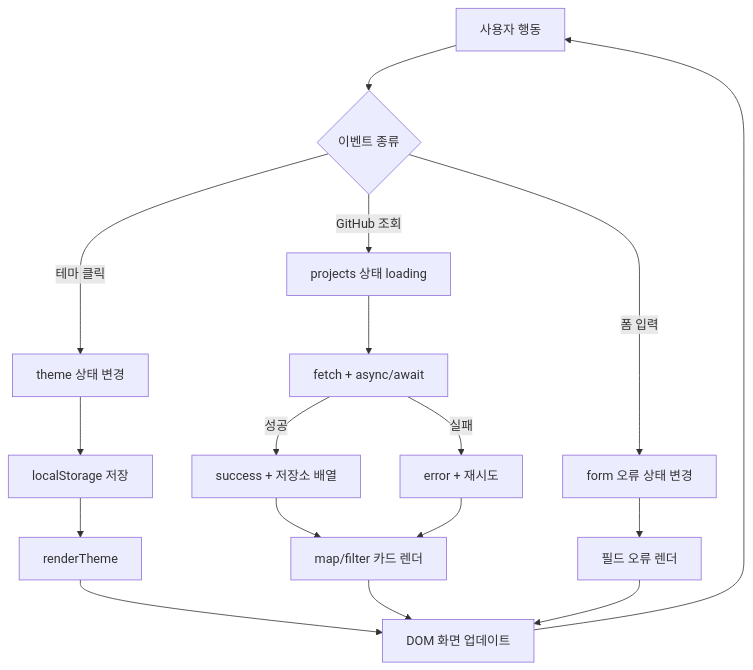
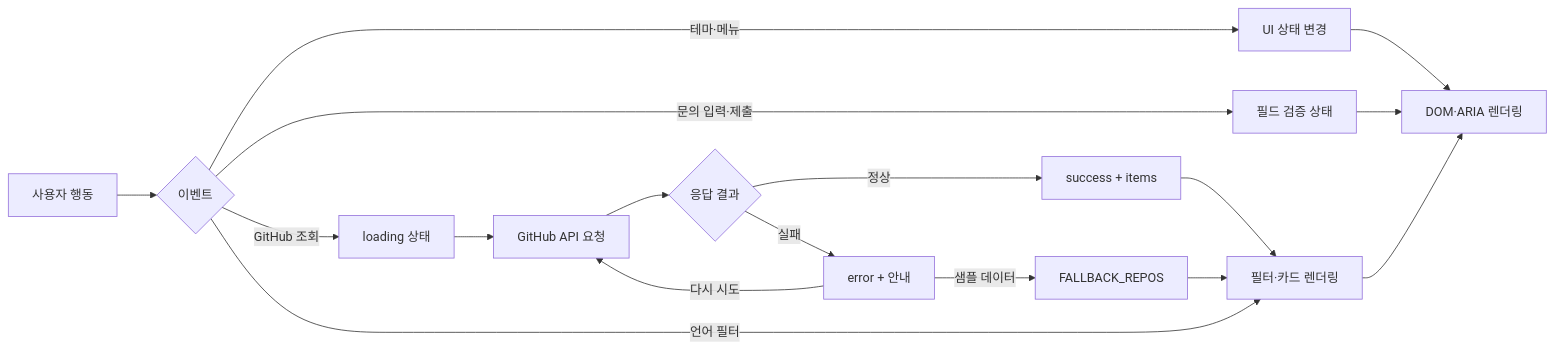
Before and after one commit to OliverJoo/codyssey_ai: the diagram in AI_SW/01_Basic/b4-1/02_portfolio-flow.mmd, drawn with Mermaid. The commit also changed 3 other files, not shown here.

Commit message:
docs(b4-1): update portfolio event-state-render flow diagram assets

```diff
--- a/AI_SW/01_Basic/b4-1/02_portfolio-flow.mmd
+++ b/AI_SW/01_Basic/b4-1/02_portfolio-flow.mmd
@@ -1,17 +1,17 @@
-graph TD
-    U[사용자 행동] --> E{이벤트 종류}
-    E -->|테마 클릭| T[theme 상태 변경]
-    E -->|GitHub 조회| A[projects 상태 loading]
-    E -->|폼 입력| F[form 오류 상태 변경]
-    T --> L[localStorage 저장]
-    L --> RT[renderTheme]
-    A --> Q[fetch + async/await]
-    Q -->|성공| S[success + 저장소 배열]
-    Q -->|실패| X[error + 재시도]
-    S --> RP[map/filter 카드 렌더]
-    X --> RP
-    F --> RF[필드 오류 렌더]
-    RT --> D[DOM 화면 업데이트]
-    RP --> D
-    RF --> D
-    D --> U
+graph LR
+    U["사용자 행동"] --> E{"이벤트"}
+    E -->|"테마·메뉴"| S["UI 상태 변경"]
+    S --> R["DOM·ARIA 렌더링"]
+    E -->|"GitHub 조회"| L["loading 상태"]
+    L --> A["GitHub API 요청"]
+    A --> D{"응답 결과"}
+    D -->|"정상"| OK["success + items"]
+    D -->|"실패"| ER["error + 안내"]
+    ER -->|"다시 시도"| A
+    ER -->|"샘플 데이터"| FB["FALLBACK_REPOS"]
+    OK --> P["필터·카드 렌더링"]
+    FB --> P
+    E -->|"언어 필터"| P
+    E -->|"문의 입력·제출"| V["필드 검증 상태"]
+    V --> R
+    P --> R
```
